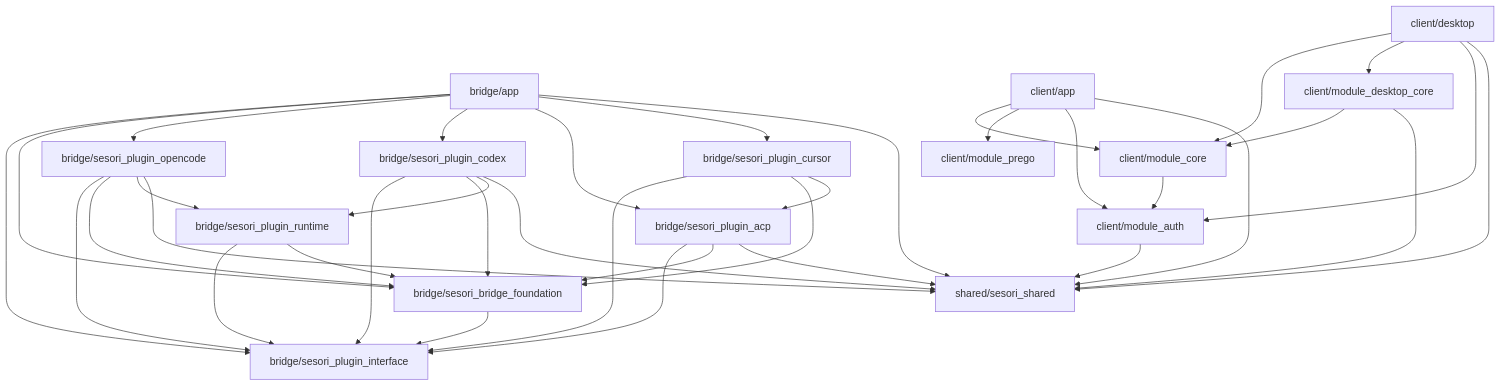
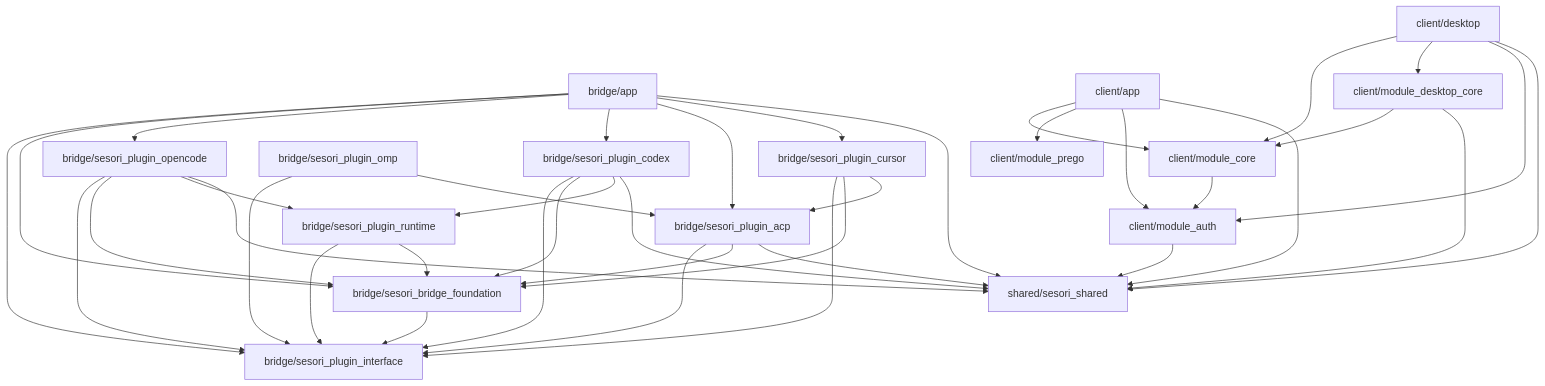
The first of 2 diagrams in docs/ARCHITECTURE.md (sesori-ai/sesori_apps_monorepo), drawn with Mermaid before and after one commit. The commit also changed other lines of this file and 15 other files, not shown here.

Commit message:
feat(omp): add the ACP plugin core

````diff
--- a/docs/ARCHITECTURE.md
+++ b/docs/ARCHITECTURE.md
@@ -35,40 +36,42 @@
 ```mermaid
 graph TD
   bridge_app[bridge/app] --> sesori_plugin_interface[bridge/sesori_plugin_interface]
   bridge_app --> sesori_bridge_foundation[bridge/sesori_bridge_foundation]
   bridge_app --> sesori_plugin_opencode[bridge/sesori_plugin_opencode]
   bridge_app --> sesori_plugin_codex[bridge/sesori_plugin_codex]
   bridge_app --> sesori_plugin_acp[bridge/sesori_plugin_acp]
   bridge_app --> sesori_plugin_cursor[bridge/sesori_plugin_cursor]
   bridge_app --> sesori_shared[shared/sesori_shared]
   sesori_bridge_foundation --> sesori_plugin_interface
   sesori_plugin_runtime[bridge/sesori_plugin_runtime] --> sesori_plugin_interface
   sesori_plugin_runtime --> sesori_bridge_foundation
   sesori_plugin_opencode --> sesori_plugin_interface
   sesori_plugin_opencode --> sesori_bridge_foundation
   sesori_plugin_opencode --> sesori_plugin_runtime
   sesori_plugin_opencode --> sesori_shared
   sesori_plugin_codex --> sesori_plugin_interface
   sesori_plugin_codex --> sesori_bridge_foundation
   sesori_plugin_codex --> sesori_plugin_runtime
   sesori_plugin_codex --> sesori_shared
   sesori_plugin_acp --> sesori_plugin_interface
   sesori_plugin_acp --> sesori_bridge_foundation
   sesori_plugin_acp --> sesori_shared
   sesori_plugin_cursor --> sesori_plugin_interface
   sesori_plugin_cursor --> sesori_bridge_foundation
   sesori_plugin_cursor --> sesori_plugin_acp
+  sesori_plugin_omp[bridge/sesori_plugin_omp] --> sesori_plugin_interface
+  sesori_plugin_omp --> sesori_plugin_acp
 
   mobile_app[client/app] --> module_core[client/module_core]
   mobile_app --> module_prego[client/module_prego]
   mobile_app --> module_auth[client/module_auth]
   mobile_app --> sesori_shared
   desktop_app[client/desktop] --> module_core
   desktop_app --> module_desktop_core[client/module_desktop_core]
   desktop_app --> module_auth
   desktop_app --> sesori_shared
   module_desktop_core --> module_core
   module_desktop_core --> sesori_shared
   module_core --> module_auth
   module_auth --> sesori_shared
 ```
````
